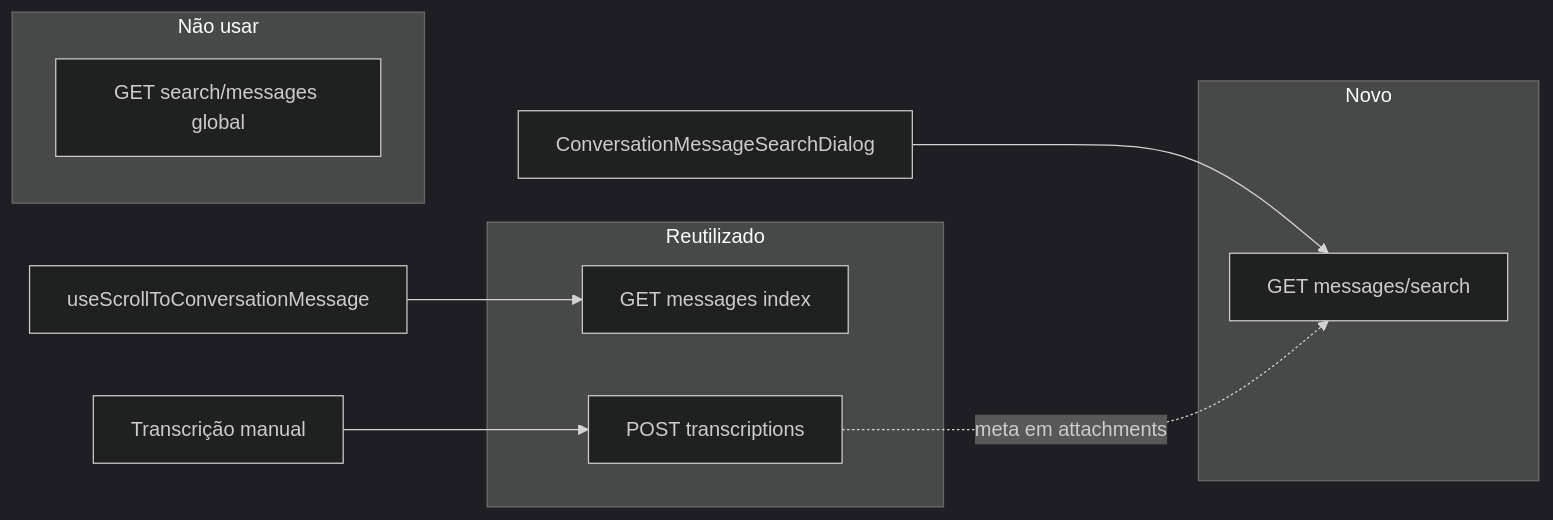
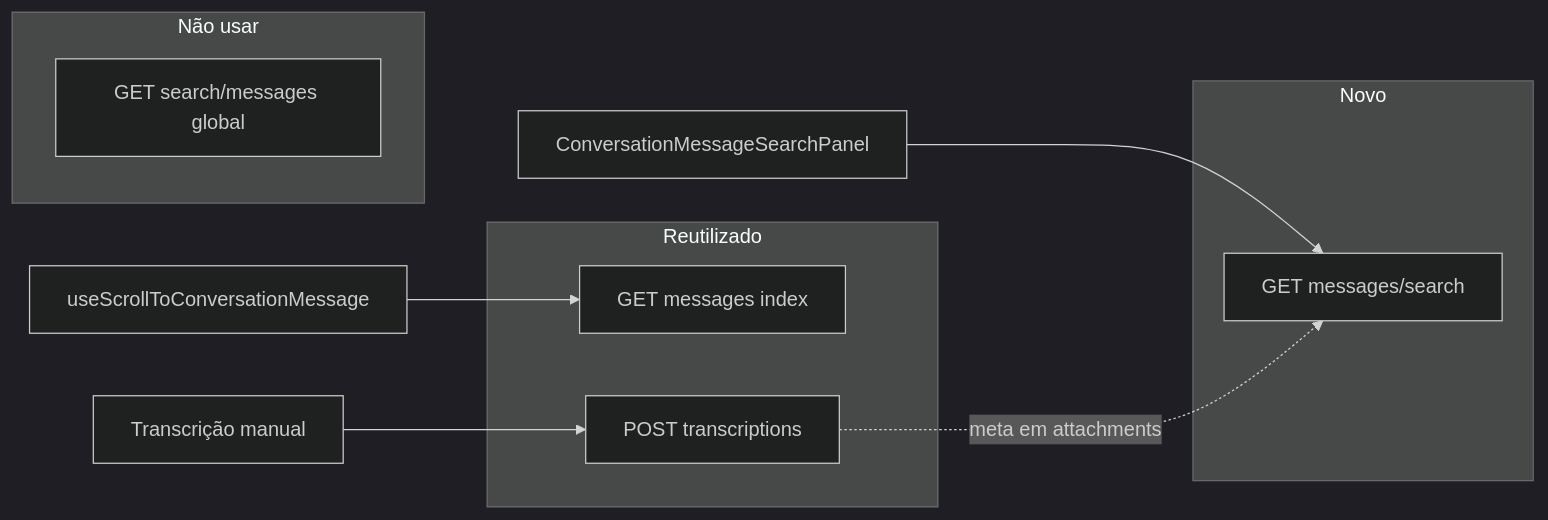
The diagram in doc/feature/conversation-message-search/api-endpoints.md (cesar-carlos/chatwoot), drawn with Mermaid (dark theme) before and after one commit. The commit also changed other lines of this file and 40 other files, not shown here.

First line of the commit message:
feat(fork): in-conversation message search with side panel

````diff
--- a/doc/feature/conversation-message-search/api-endpoints.md
+++ b/doc/feature/conversation-message-search/api-endpoints.md
@@ -224,20 +207,20 @@
 ```mermaid
 flowchart LR
   subgraph novos [Novo]
     S[GET messages/search]
   end
 
   subgraph reuse [Reutilizado]
     M[GET messages index]
     T[POST transcriptions]
   end
 
   subgraph rejected [Não usar]
     G[GET search/messages global]
   end
 
-  Dialog[ConversationMessageSearchDialog] --> S
+  Panel[ConversationMessageSearchPanel] --> S
   Scroll[useScrollToConversationMessage] --> M
   Groq[Transcrição manual] --> T
   T -.->|meta em attachments| S
 ```
````
